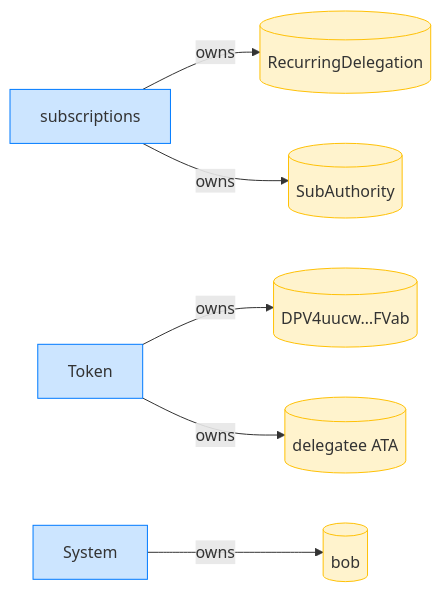
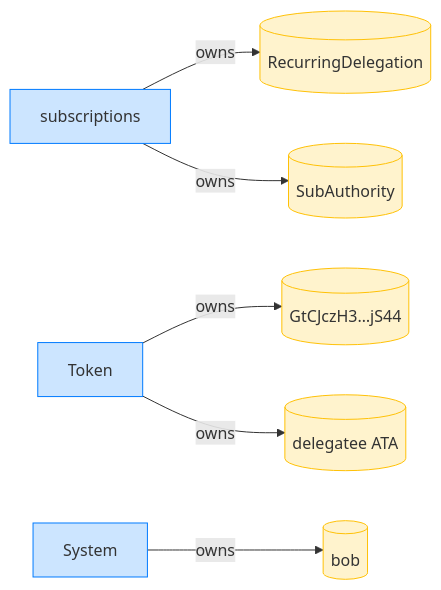
Before and after one commit to cds-rs/subscriptions: diagram 12 of 12 in dsl_tests/a-zero-expiry-means-no-expiry.md, drawn with Mermaid. The commit also changed other lines of this file and 224 other files, not shown here.

````diff
--- a/dsl_tests/a-zero-expiry-means-no-expiry.md
+++ b/dsl_tests/a-zero-expiry-means-no-expiry.md
@@ -239,18 +253,18 @@
 ```mermaid
 flowchart LR
     classDef owner fill:#cce5ff,stroke:#007bff;
     classDef account fill:#fff3cd,stroke:#ffc107;
     subscriptions[subscriptions]:::owner
     RecurringDelegation[(RecurringDelegation)]:::account
     SubAuthority[(SubAuthority)]:::account
     Token[Token]:::owner
-    DPV4uucw_FVab[("DPV4uucw…FVab")]:::account
+    GtCJczH3_jS44[("GtCJczH3…jS44")]:::account
     delegatee_ATA[("delegatee ATA")]:::account
     System[System]:::owner
     bob[(bob)]:::account
     subscriptions -->|owns| RecurringDelegation
     subscriptions -->|owns| SubAuthority
-    Token -->|owns| DPV4uucw_FVab
+    Token -->|owns| GtCJczH3_jS44
     Token -->|owns| delegatee_ATA
     System -->|owns| bob
 ```
````
